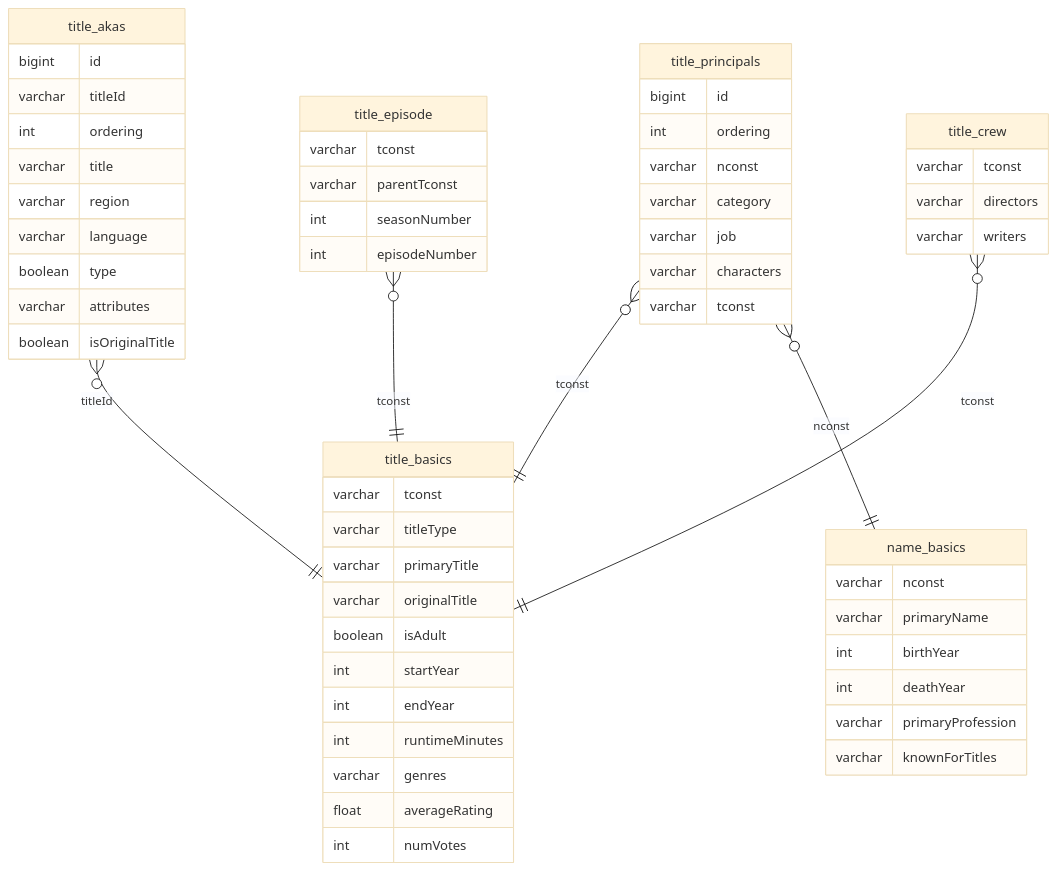
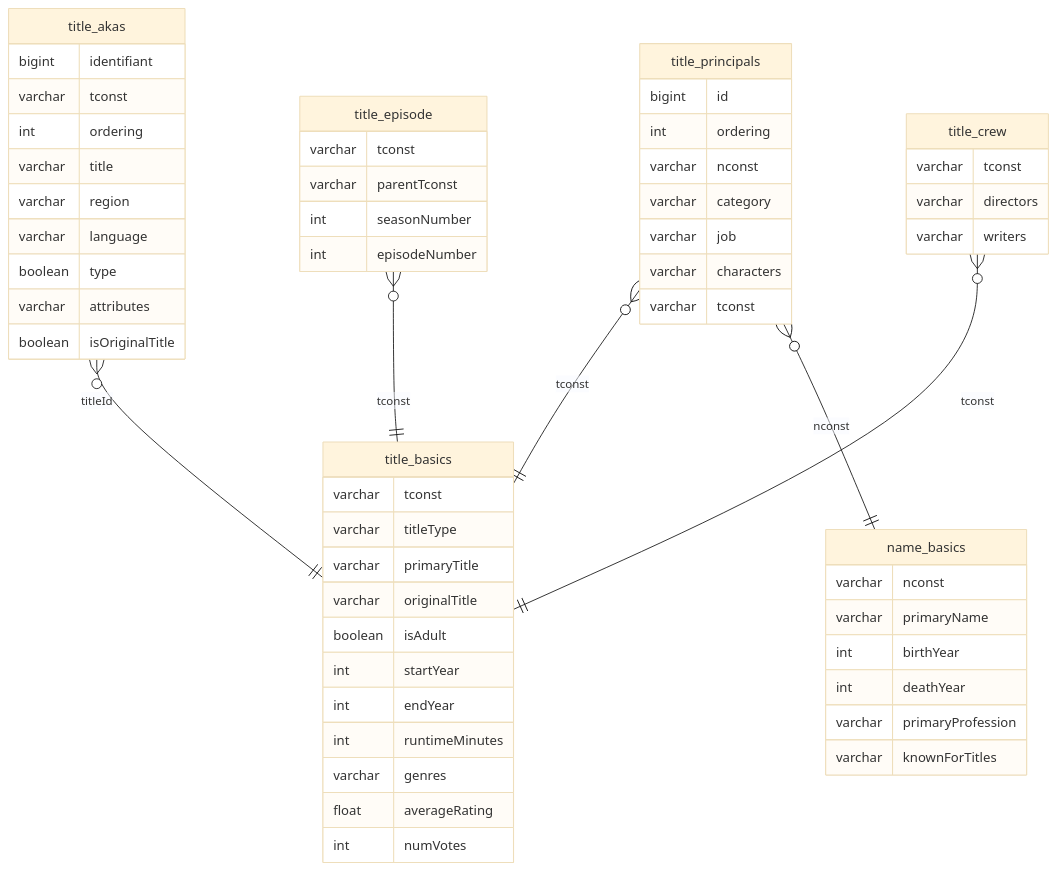
Before and after one commit to MelodyDuplaix/Netfloox_g0_JohnBondouxDuplaix: the diagram in README.md, drawn with Mermaid (base theme). The commit also changed 1 other file, not shown here.

Commit message:
Feat: Extraction des features des tables title_basics, title_episode et title_akas

````diff
--- a/README.md
+++ b/README.md
@@ -67,61 +67,61 @@
 ```mermaid
 erDiagram
     title_akas }o--|| title_basics : titleId
     title_akas {
-        bigint id
-        varchar titleId
+        bigint identifiant
+        varchar tconst
         int ordering
         varchar title
         varchar region
         varchar language
         boolean type
         varchar attributes
         boolean isOriginalTitle
     } 
     title_basics {
         varchar tconst
         varchar titleType
         varchar primaryTitle
         varchar originalTitle
         boolean isAdult
         int startYear
         int endYear
         int runtimeMinutes
         varchar genres
         float averageRating
         int numVotes
     }
     title_principals }o--|| title_basics : tconst
     title_principals {
         bigint id
         int ordering
         varchar nconst
         varchar category
         varchar job
         varchar characters
         varchar tconst
     }
     title_episode }o--|| title_basics : tconst
     title_episode {
         varchar tconst
         varchar parentTconst
         int seasonNumber
         int episodeNumber
     }
     title_crew }o--|| title_basics : tconst
     title_crew {
         varchar tconst
         varchar directors
         varchar writers
     }
     title_principals }o--|| name_basics : nconst
     name_basics {
         varchar nconst
         varchar primaryName
         int birthYear
         int deathYear
         varchar primaryProfession
         varchar knownForTitles
     }
 
 ```
````
